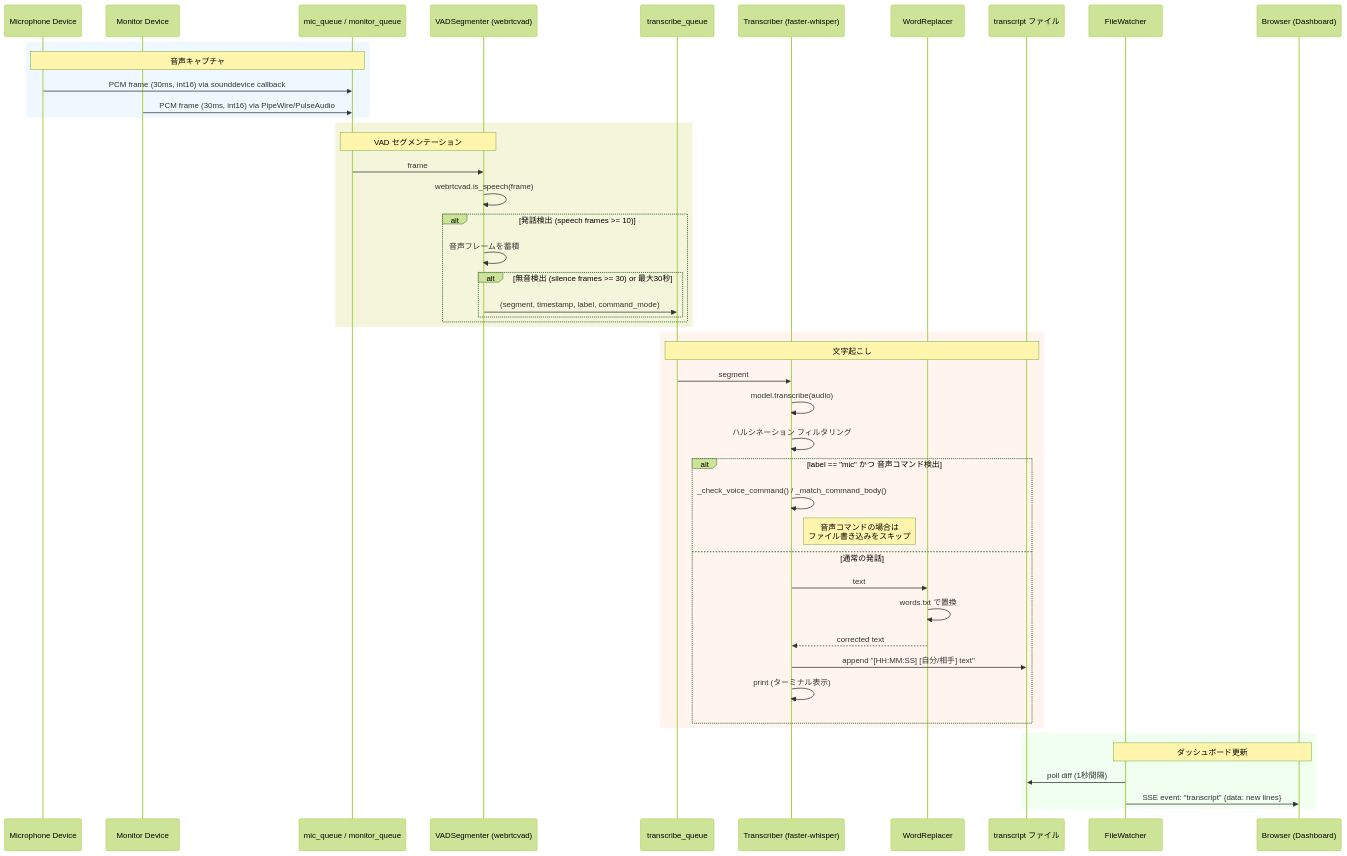
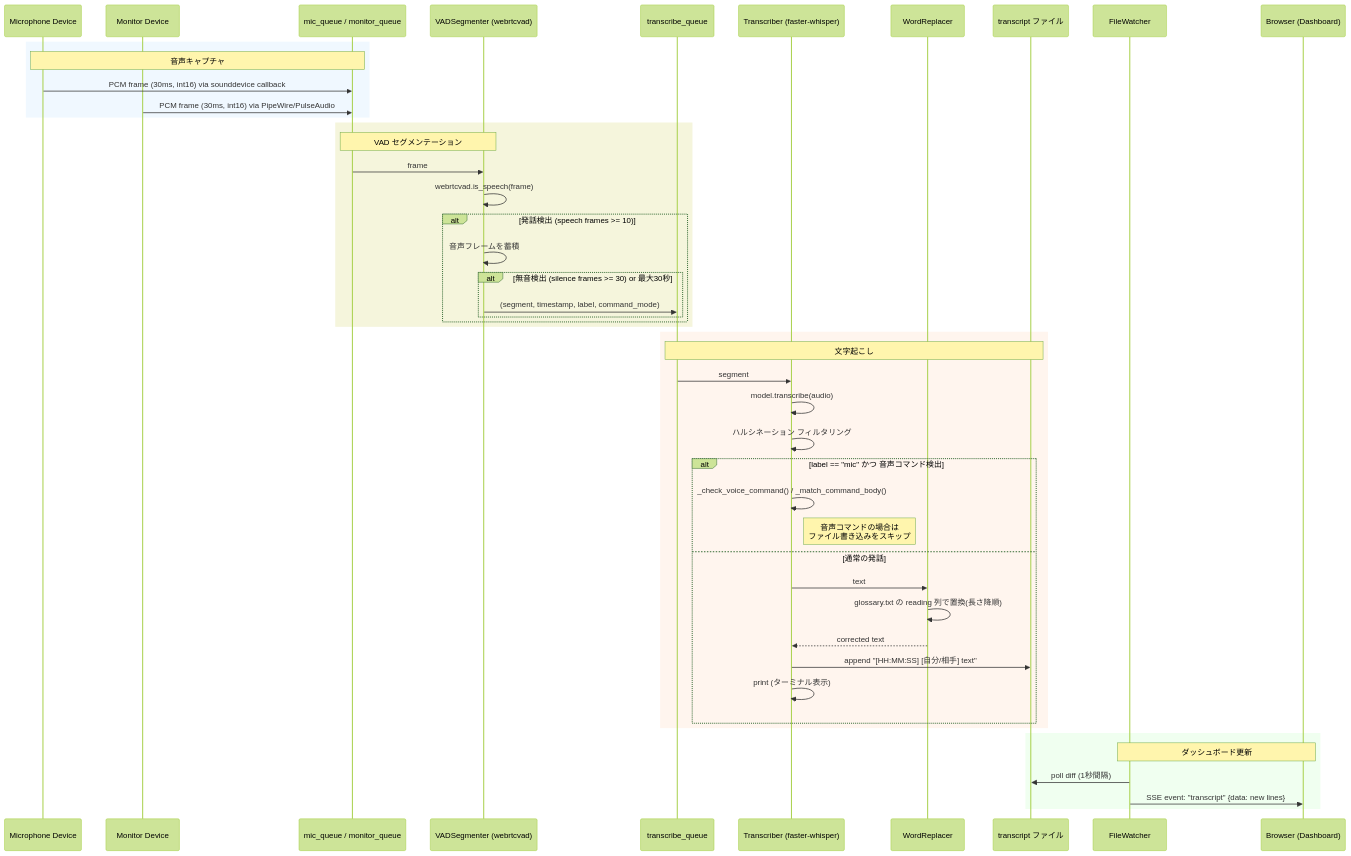
The third of 7 diagrams in SPEC.md (edocode/shadow-clerk), drawn with Mermaid (forest theme) before and after one commit. The commit also changed other lines of this file and 4 other files, not shown here.

````diff
--- a/SPEC.md
+++ b/SPEC.md
@@ -221,54 +263,54 @@
 ```mermaid
 sequenceDiagram
     participant Mic as Microphone Device
     participant Mon as Monitor Device
     participant Q as mic_queue / monitor_queue
     participant VAD as VADSegmenter (webrtcvad)
     participant TQ as transcribe_queue
     participant Whisper as Transcriber (faster-whisper)
     participant WR as WordReplacer
     participant File as transcript ファイル
     participant FW as FileWatcher
     participant Browser as Browser (Dashboard)
 
     rect rgb(240, 248, 255)
         Note over Mic, Q: 音声キャプチャ
         Mic->>Q: PCM frame (30ms, int16) via sounddevice callback
         Mon->>Q: PCM frame (30ms, int16) via PipeWire/PulseAudio
     end
 
     rect rgb(245, 245, 220)
         Note over Q, VAD: VAD セグメンテーション
         Q->>VAD: frame
         VAD->>VAD: webrtcvad.is_speech(frame)
         alt 発話検出 (speech frames >= 10)
             VAD->>VAD: 音声フレームを蓄積
             alt 無音検出 (silence frames >= 30) or 最大30秒
                 VAD->>TQ: (segment, timestamp, label, command_mode)
             end
         end
     end
 
     rect rgb(255, 245, 238)
         Note over TQ, File: 文字起こし
         TQ->>Whisper: segment
         Whisper->>Whisper: model.transcribe(audio)
         Whisper->>Whisper: ハルシネーション フィルタリング
         alt label == "mic" かつ 音声コマンド検出
             Whisper->>Whisper: _check_voice_command() / _match_command_body()
             Note right of Whisper: 音声コマンドの場合は<br/>ファイル書き込みをスキップ
         else 通常の発話
             Whisper->>WR: text
-            WR->>WR: words.txt で置換
+            WR->>WR: glossary.txt の reading 列で置換(長さ降順)
             WR-->>Whisper: corrected text
             Whisper->>File: append "[HH:MM:SS] [自分/相手] text"
             Whisper->>Whisper: print (ターミナル表示)
         end
     end
 
     rect rgb(240, 255, 240)
         Note over FW, Browser: ダッシュボード更新
         FW->>File: poll diff (1秒間隔)
         FW->>Browser: SSE event: "transcript" {data: new lines}
     end
 ```
````
